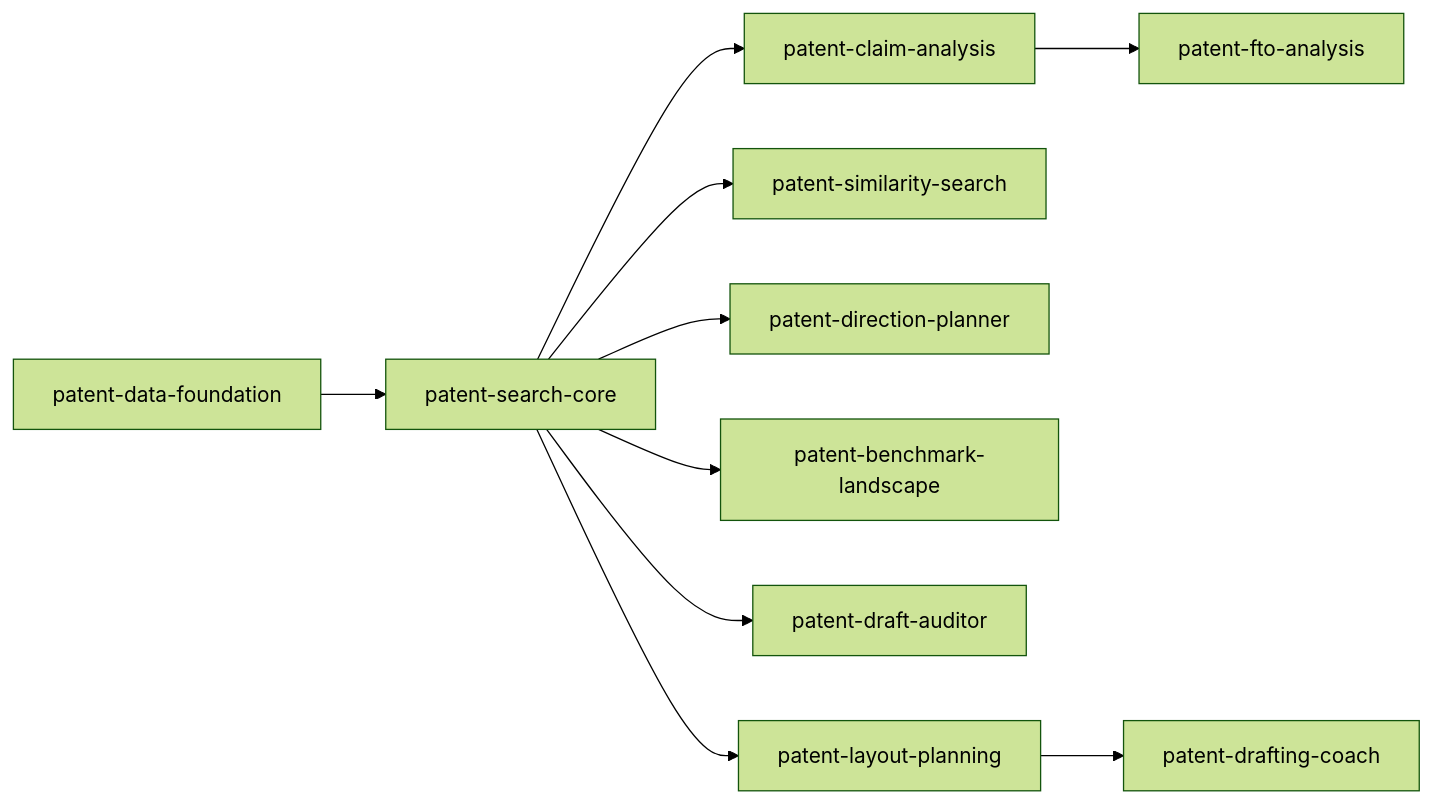
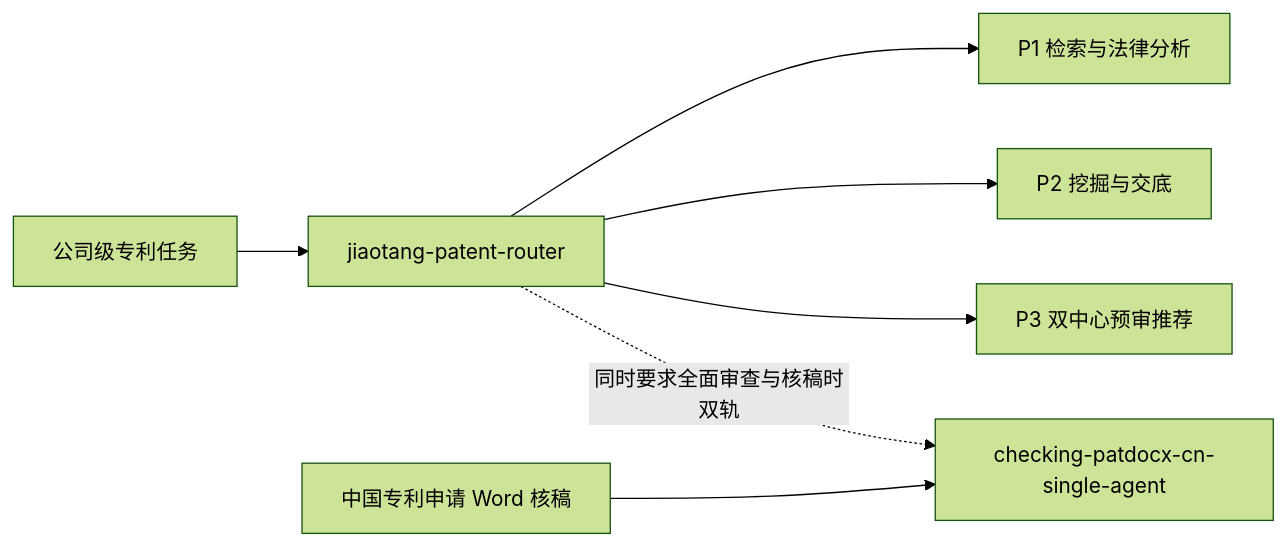
The second of 2 diagrams in docs/provenance/v1.1-skill-call-audit.md (sakuruamayday-ops/project-application-assistant), drawn with Mermaid (forest theme) before and after one commit. The commit also changed other lines of this file and 30 other files, not shown here.

````diff
--- a/docs/provenance/v1.1-skill-call-audit.md
+++ b/docs/provenance/v1.1-skill-call-audit.md
@@ -36,12 +36,9 @@
 ```mermaid
 flowchart LR
-  PDF[patent-data-foundation] --> PSC[patent-search-core]
-  PSC --> PCA[patent-claim-analysis]
-  PSC --> PSS[patent-similarity-search]
-  PCA --> FTO[patent-fto-analysis]
-  PSC --> DIR[patent-direction-planner]
-  PSC --> BENCH[patent-benchmark-landscape]
-  PSC --> AUDIT[patent-draft-auditor]
-  PSC --> LAYOUT[patent-layout-planning]
-  LAYOUT --> COACH[patent-drafting-coach]
+  U[公司级专利任务] --> ROUTER[jiaotang-patent-router]
+  ROUTER --> P1[P1 检索与法律分析]
+  ROUTER --> P2[P2 挖掘与交底]
+  ROUTER --> P3[P3 双中心预审推荐]
+  D[中国专利申请 Word 核稿] --> CHECK[checking-patdocx-cn-single-agent]
+  ROUTER -. 同时要求全面审查与核稿时双轨 .-> CHECK
 ```
````
